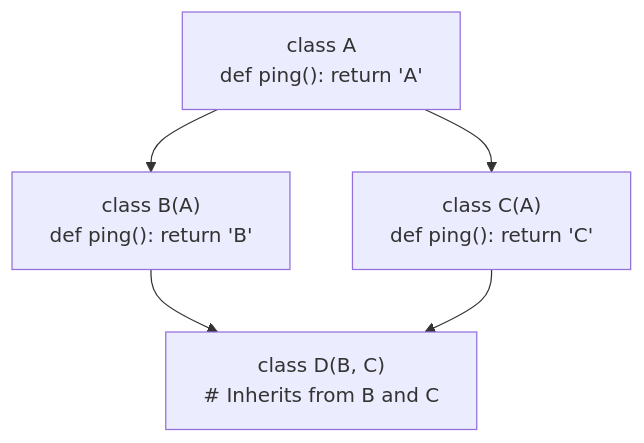
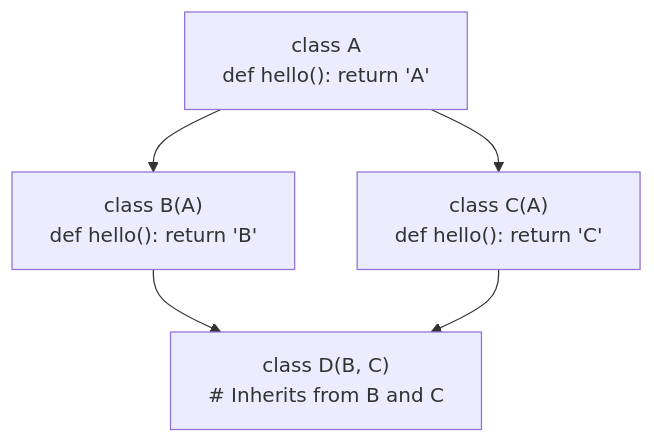
One commit to Kimaathii/BCPD-python-training- changed the third of 4 diagrams in 13-OOP-INHERITANCE-AND-MRO/README.md. Above: the diagram before and after it, drawn with Mermaid. The commit also changed other lines of this file and 15 other files, not shown here.

````diff
--- a/13-OOP-INHERITANCE-AND-MRO/README.md
+++ b/13-OOP-INHERITANCE-AND-MRO/README.md
@@ -234,11 +234,11 @@
 ```mermaid
 flowchart TD
-    A["class A\ndef ping(): return 'A'"]
-    B["class B(A)\ndef ping(): return 'B'"]
-    C["class C(A)\ndef ping(): return 'C'"]
+    A["class A\ndef hello(): return 'A'"]
+    B["class B(A)\ndef hello(): return 'B'"]
+    C["class C(A)\ndef hello(): return 'C'"]
     D["class D(B, C)\n# Inherits from B and C"]
     A --> B
     A --> C
     B --> D
     C --> D
 ```
````
